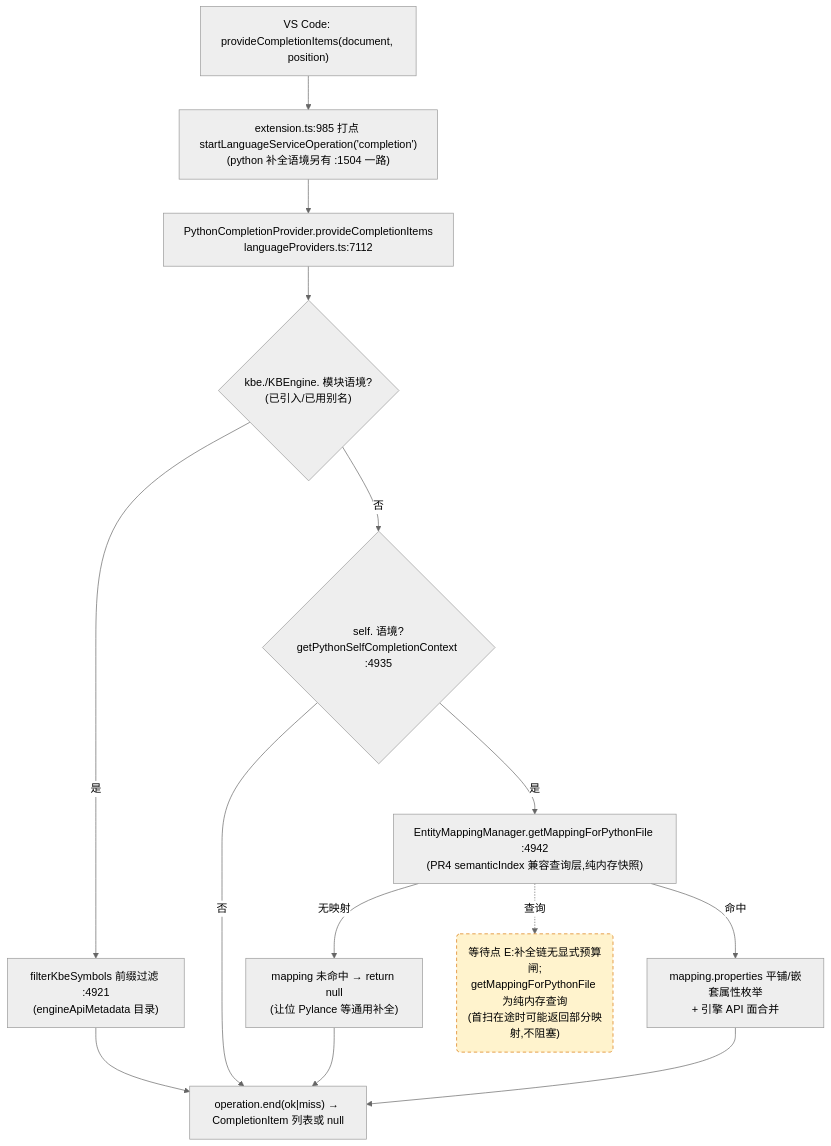
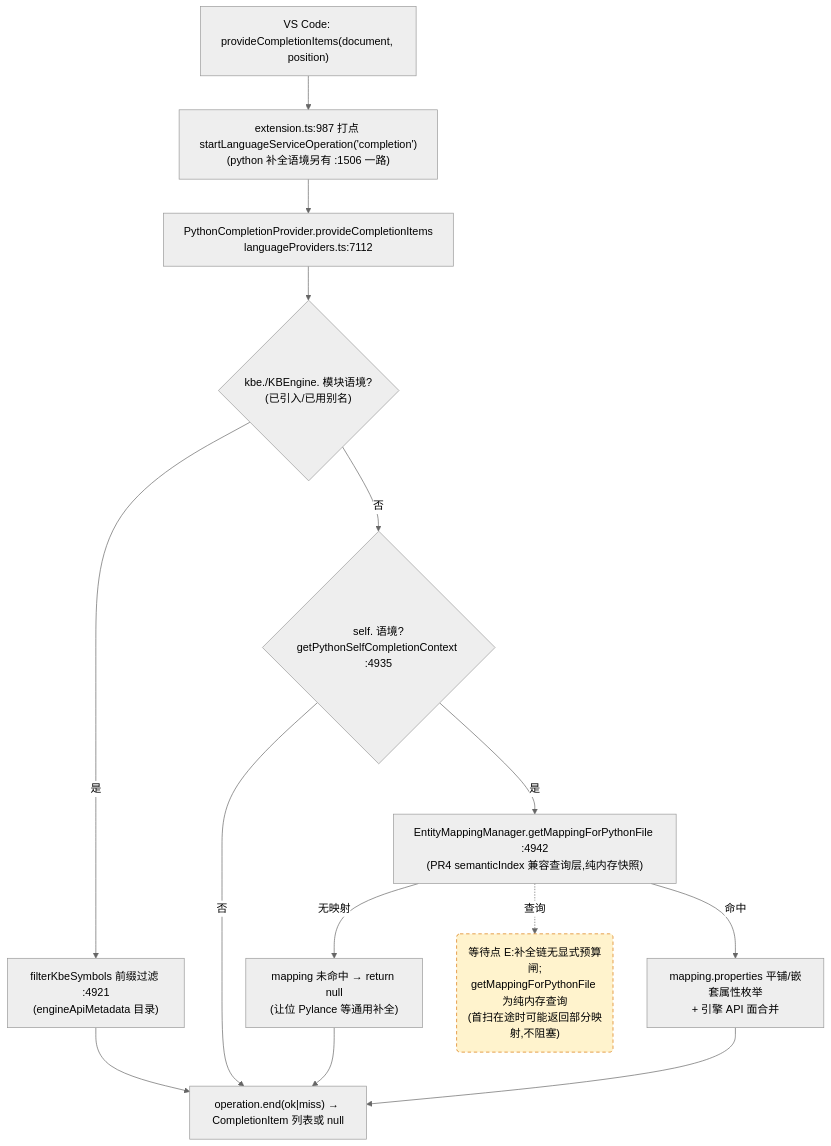
One commit to cuihairu/kode changed the third of 4 diagrams in docs/perf/2026-baseline.md. Above: the diagram before and after it, drawn with Mermaid (neutral theme). The commit also changed other lines of this file and 92 other files, not shown here.

````diff
--- a/docs/perf/2026-baseline.md
+++ b/docs/perf/2026-baseline.md
@@ -184,27 +184,27 @@
 ```mermaid
 flowchart TD
   VC3["VS Code: provideCompletionItems(document, position)"]
-  M3["extension.ts:985 打点 startLanguageServiceOperation('completion')<br/>(python 补全语境另有 :1504 一路)"]
+  M3["extension.ts:987 打点 startLanguageServiceOperation('completion')<br/>(python 补全语境另有 :1506 一路)"]
   CP["PythonCompletionProvider.provideCompletionItems<br/>languageProviders.ts:7112"]
   KBEC{"kbe./KBEngine. 模块语境?<br/>(已引入/已用别名)"}
   FILTER["filterKbeSymbols 前缀过滤 :4921<br/>(engineApiMetadata 目录)"]
   SELFC{"self. 语境?<br/>getPythonSelfCompletionContext :4935"}
   MAP["EntityMappingManager.getMappingForPythonFile :4942<br/>(PR4 semanticIndex 兼容查询层,纯内存快照)"]
   NOMAP["mapping 未命中 → return null<br/>(让位 Pylance 等通用补全)"]
   PROPS["mapping.properties 平铺/嵌套属性枚举<br/>+ 引擎 API 面合并"]
   END3["operation.end(ok|miss) → CompletionItem 列表或 null"]
 
   VC3 --> M3 --> CP --> KBEC
   KBEC -- "是" --> FILTER --> END3
   KBEC -- "否" --> SELFC
   SELFC -- "否" --> END3
   SELFC -- "是" --> MAP
   MAP -- "无映射" --> NOMAP --> END3
   MAP -- "命中" --> PROPS --> END3
 
   WAITE("等待点 E:补全链无显式预算闸;<br/>getMappingForPythonFile 为纯内存查询<br/>(首扫在途时可能返回部分映射,不阻塞)")
   MAP -.->|查询| WAITE
 
   classDef waitPoint fill:#fff3cd,stroke:#d97706,stroke-dasharray:5 4;
   class WAITE waitPoint;
 ```
````
